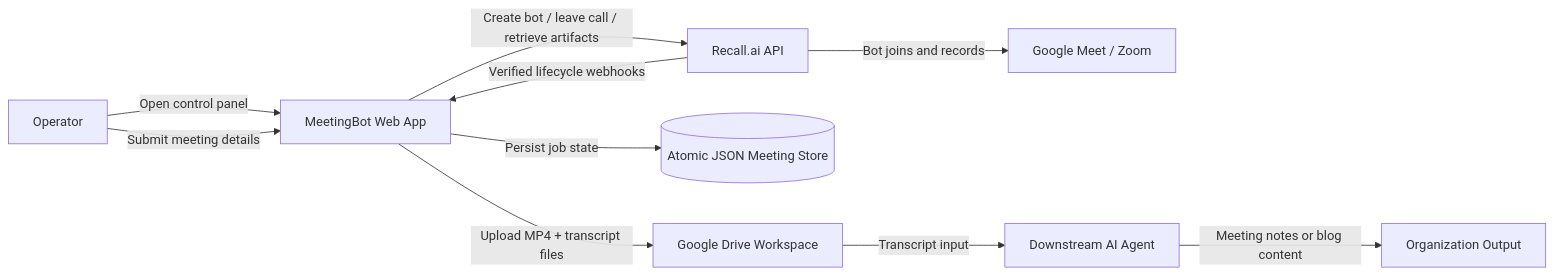
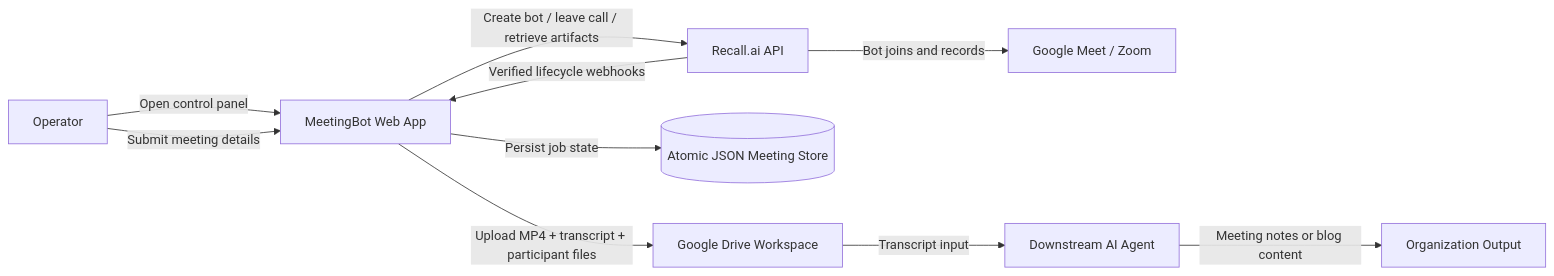
One commit to iwkz-dev/meetingbot changed the first of 7 diagrams in docs/ARCHITECTURE.md. Above: the diagram before and after it, drawn with Mermaid. The commit also changed other lines of this file and 6 other files, not shown here.

````diff
--- a/docs/ARCHITECTURE.md
+++ b/docs/ARCHITECTURE.md
@@ -35,14 +35,14 @@
 ```mermaid
 flowchart LR
     U[Operator] -->|Open control panel| W[MeetingBot Web App]
     U -->|Submit meeting details| W
 
     W -->|Create bot / leave call / retrieve artifacts| R[Recall.ai API]
     R -->|Bot joins and records| M[Google Meet / Zoom]
     R -->|Verified lifecycle webhooks| W
 
     W -->|Persist job state| S[(Atomic JSON Meeting Store)]
-    W -->|Upload MP4 + transcript files| G[Google Drive Workspace]
+    W -->|Upload MP4 + transcript + participant files| G[Google Drive Workspace]
     G -->|Transcript input| A[Downstream AI Agent]
     A -->|Meeting notes or blog content| O[Organization Output]
 ```
````
